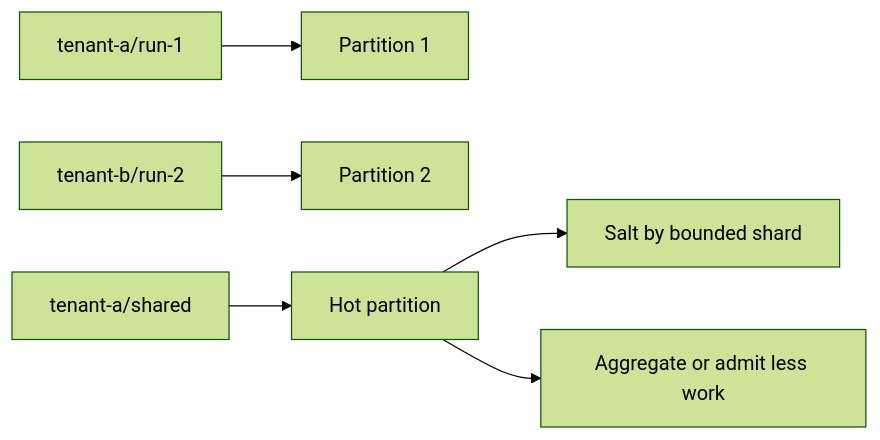
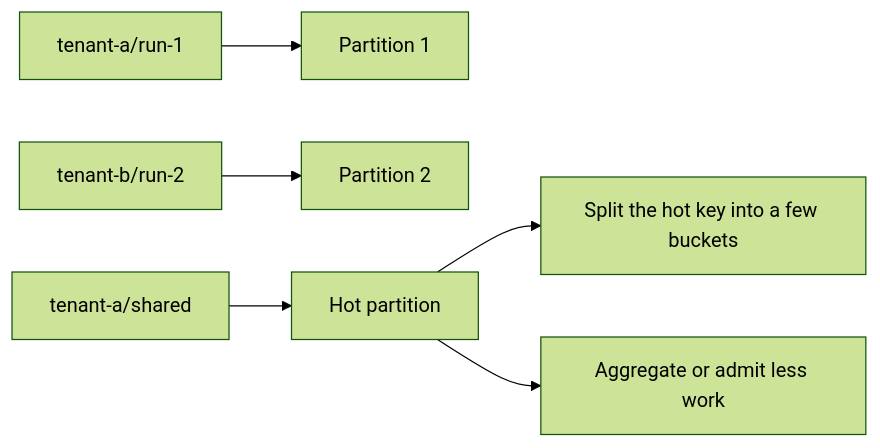
One commit to VikrantSingh01/Agentic_System_Design changed the third of 4 diagrams in modules/07-production-architecture-operations/chapters/32-data-and-state-at-scale.md. Above: the diagram before and after it, drawn with Mermaid (forest theme). The commit also changed other lines of this file and 3 other files, not shown here.

Commit message:
Improve Module 7 diagram accessibility

````diff
--- a/modules/07-production-architecture-operations/chapters/32-data-and-state-at-scale.md
+++ b/modules/07-production-architecture-operations/chapters/32-data-and-state-at-scale.md
@@ -60,8 +60,8 @@
 ```mermaid
 flowchart LR
     K1[tenant-a/run-1] --> P1[Partition 1]
     K2[tenant-b/run-2] --> P2[Partition 2]
     KH[tenant-a/shared] --> PH[Hot partition]
-    PH --> S[Salt by bounded shard]
+    PH --> S[Split the hot key into a few buckets]
     PH --> A[Aggregate or admit less work]
 ```
````
